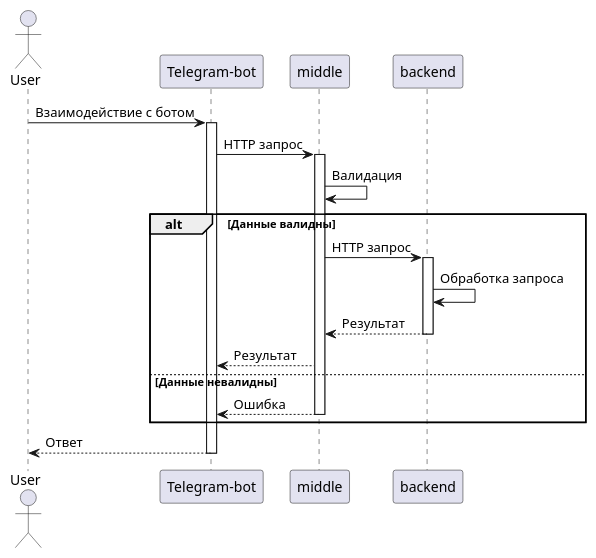
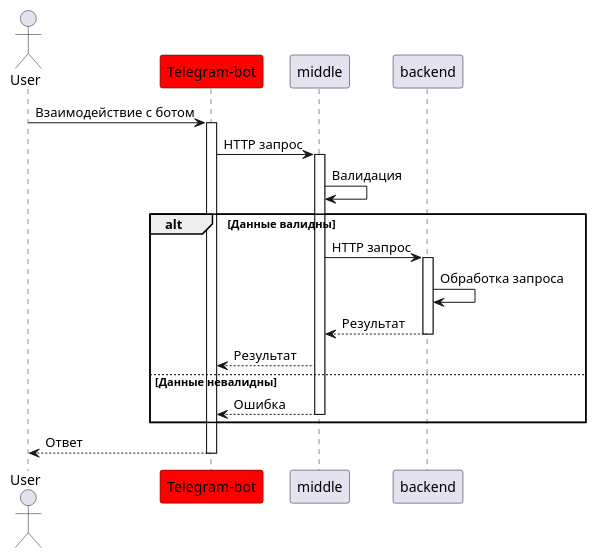
Before and after one commit to gpb-it-factory/vetrov-telegram-bot: the diagram in README.md, drawn with PlantUML. The commit also changed 8 other files, not shown here.

````diff
--- a/README.md
+++ b/README.md
@@ -15,32 +15,32 @@
 ```plantuml
 @startuml
 
 actor User as user
-participant "Telegram-bot" as frontend
+participant "Telegram-bot" as frontend #red
 participant "middle" as middle
 participant "backend" as backend
 
 user -> frontend : Взаимодействие с ботом
 activate frontend
 
 frontend -> middle : HTTP запрос
 activate middle
     middle -> middle : Валидация
 alt Данные валидны
     middle -> backend : HTTP запрос
 
     activate backend
     backend -> backend : Обработка запроса 
     backend --> middle : Результат
     deactivate backend
     
     middle --> frontend : Результат
 else Данные невалидны
     middle --> frontend : Ошибка
     deactivate middle
 end
     frontend --> user: Ответ
 deactivate frontend
 deactivate user
 @enduml
 ```
````
